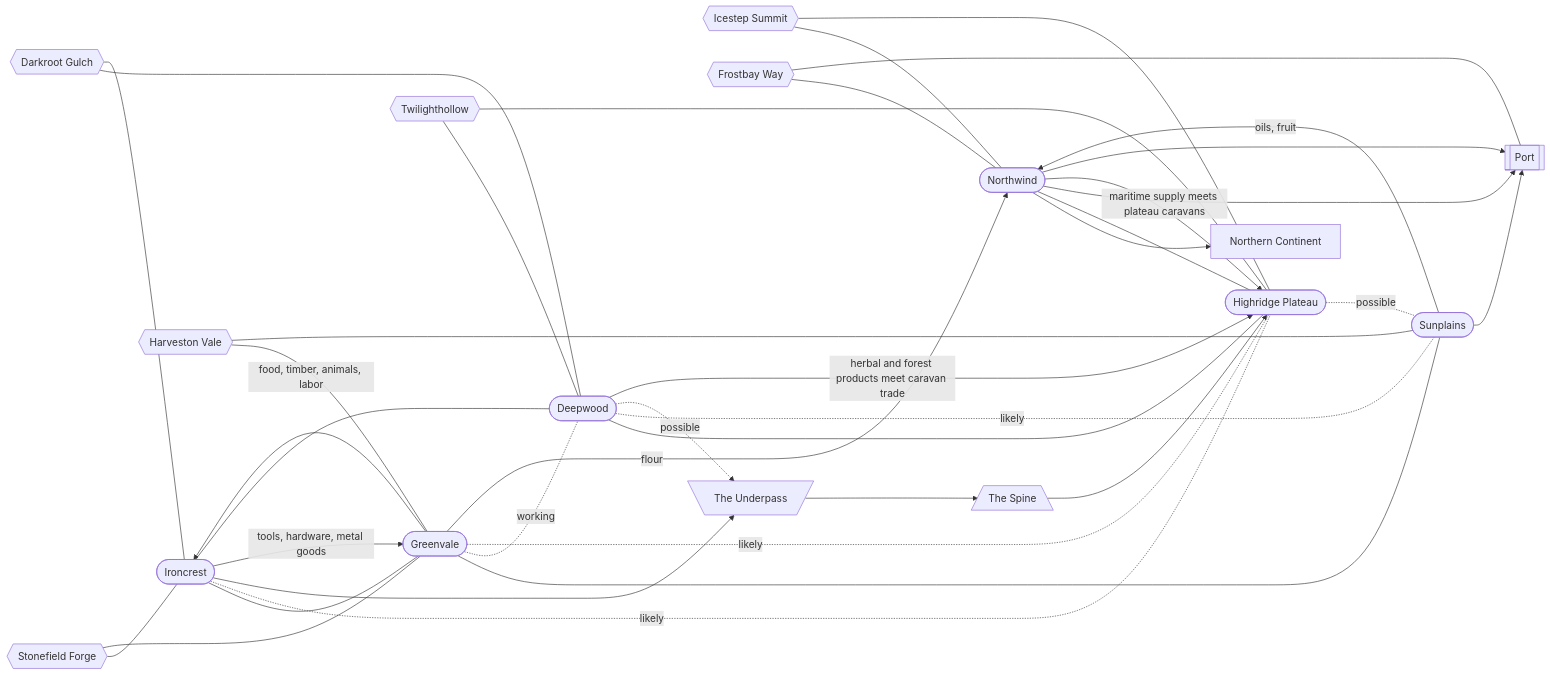
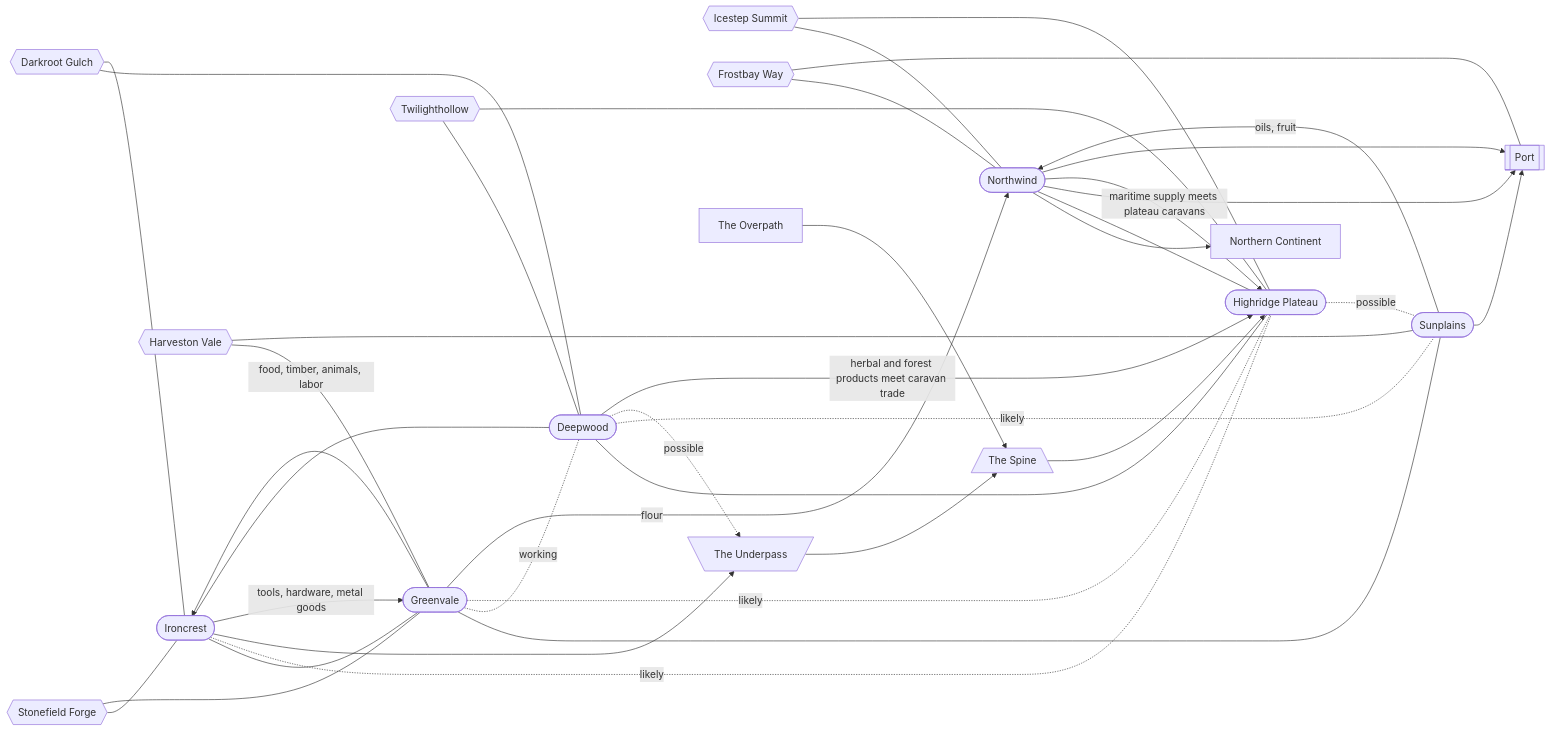
Before and after one commit to BigCatMellow/10Kings: the diagram in atlas/regions/README.md, drawn with Mermaid. The commit also changed other lines of this file and 30 other files, not shown here.

````diff
--- a/atlas/regions/README.md
+++ b/atlas/regions/README.md
@@ -115,55 +116,57 @@
 ```mermaid
 flowchart LR
   northwind(["Northwind"])
   northern["Northern Continent"]
   ironcrest(["Ironcrest"])
   greenvale(["Greenvale"])
   sunplains(["Sunplains"])
   deepwood(["Deepwood"])
   highridge(["Highridge Plateau"])
   stonefield{{"Stonefield Forge"}}
   harveston{{"Harveston Vale"}}
   twilighthollow{{"Twilighthollow"}}
   icestep{{"Icestep Summit"}}
   darkroot{{"Darkroot Gulch"}}
   frostbay{{"Frostbay Way"}}
   port[["Port"]]
   underpass[\"The Underpass"/]
   spine[/"The Spine"\]
+  overpath["The Overpath"]
   northwind --> northern
   ironcrest --- greenvale
   greenvale --- sunplains
   deepwood --- highridge
   deepwood --- ironcrest
   northwind --- highridge
   ironcrest -.-|likely| highridge
   greenvale -.-|working| deepwood
   deepwood -.-|likely| sunplains
   greenvale -.-|likely| highridge
   highridge -.-|possible| sunplains
   stonefield --- ironcrest
   stonefield --- greenvale
   harveston --- greenvale
   harveston --- sunplains
   twilighthollow --- deepwood
   twilighthollow --- highridge
   icestep --- northwind
   icestep --- highridge
   darkroot --- deepwood
   darkroot --- ironcrest
   frostbay --- northwind
   frostbay --- port
   northwind --> port
   sunplains --> port
   underpass --> spine
   spine --> highridge
   ironcrest --> underpass
   deepwood -.->|possible| underpass
   greenvale -->|food, timber, animals, labor| ironcrest
   ironcrest -->|tools, hardware, metal goods| greenvale
   greenvale -->|flour| northwind
   sunplains -->|oils, fruit| northwind
   deepwood -->|herbal and forest products meet caravan trade| highridge
   northwind -->|maritime supply meets plateau caravans| highridge
   northwind --> port
+  overpath --> spine
 ```
````
